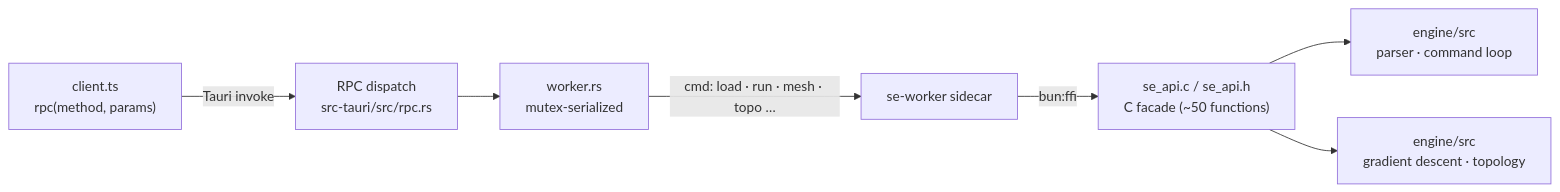
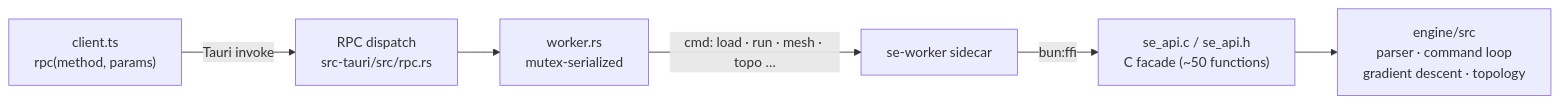
The second of 2 diagrams in README.md (sersergious/surface-evolver), drawn with Mermaid before and after one commit. The commit also changed other lines of this file, not shown here.

Commit message:
docs: README — capabilities dir, cargo check + CI note, dedupe API diagram

````diff
--- a/README.md
+++ b/README.md
@@ -60,9 +60,8 @@
 ```mermaid
 flowchart LR
     View["client.ts<br/>rpc(method, params)"] -->|"Tauri invoke"| RPC["RPC dispatch<br/>src-tauri/src/rpc.rs"]
     RPC --> Mgr["worker.rs<br/>mutex-serialized"]
     Mgr -->|"cmd: load · run · mesh · topo …"| Worker["se-worker sidecar"]
     Worker -->|"bun:ffi"| Facade["se_api.c / se_api.h<br/>C facade (~50 functions)"]
-    Facade --> Core["engine/src<br/>parser · command loop"]
-    Facade --> Surf["engine/src<br/>gradient descent · topology"]
+    Facade --> Core["engine/src<br/>parser · command loop<br/>gradient descent · topology"]
 ```
````
